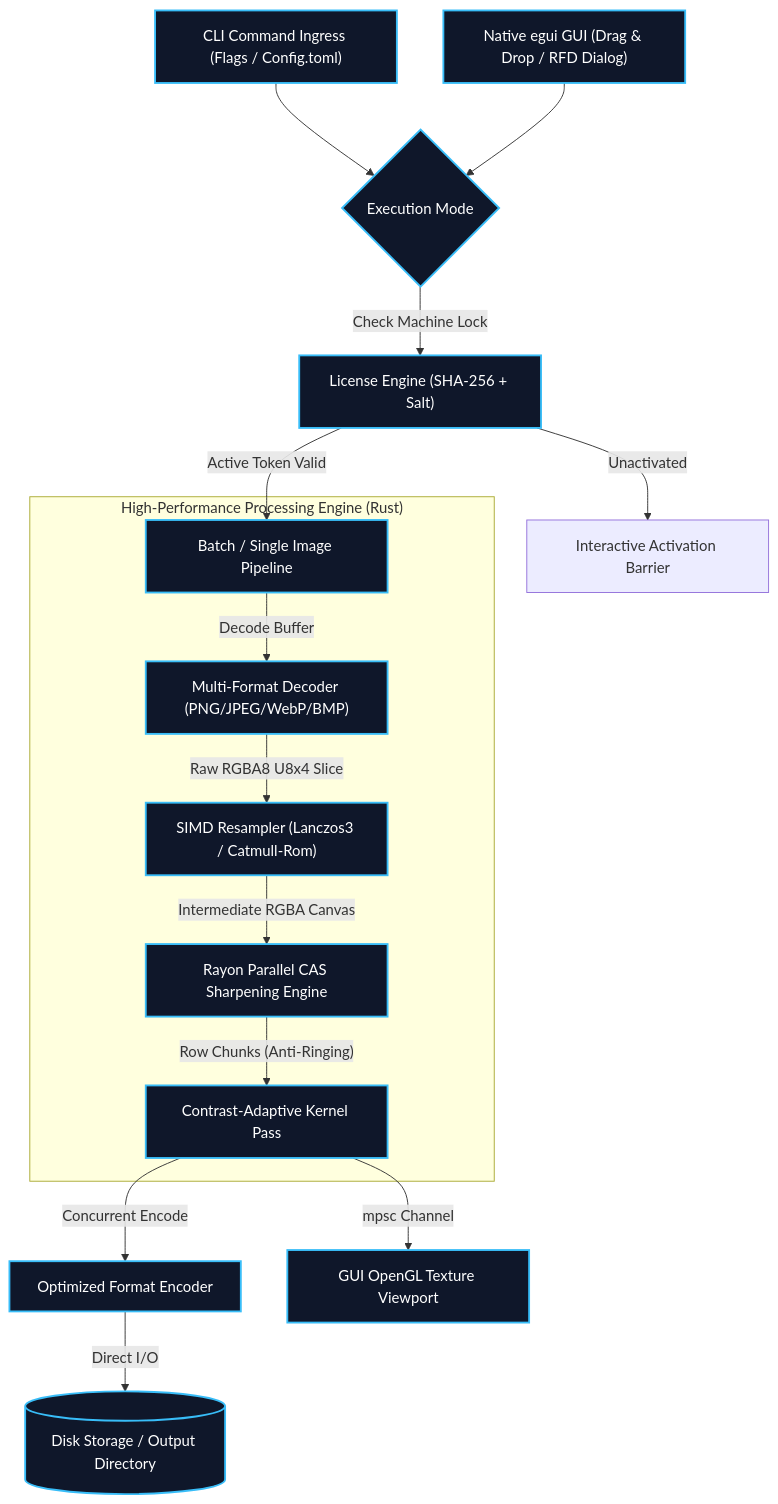
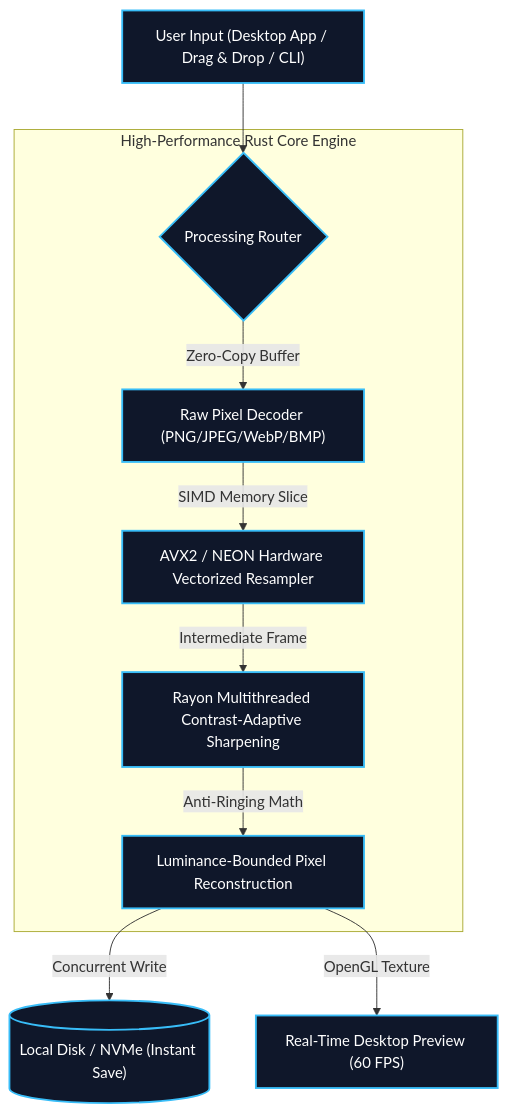
The diagram in src/content/projects/image-upscale-simd.md (mhcybroot/mahmudulhasan.info.bd), drawn with Mermaid before and after one commit. The commit also changed other lines of this file and 7 other files, not shown here.

````diff
--- a/src/content/projects/image-upscale-simd.md
+++ b/src/content/projects/image-upscale-simd.md
@@ -71,27 +79,20 @@
 ```mermaid
 graph TD
     %% Input Sources
-    CLI["CLI Command Ingress (Flags / Config.toml)"] --> IngressRouter{"Execution Mode"}
-    GUI["Native egui GUI (Drag & Drop / RFD Dialog)"] --> IngressRouter
-
-    %% License Verification Boundary
-    IngressRouter -->|"Check Machine Lock"| DRM["License Engine (SHA-256 + Salt)"]
-    DRM -->|"Active Token Valid"| Pipeline["Batch / Single Image Pipeline"]
-    DRM -->|"Unactivated"| LockScreen["Interactive Activation Barrier"]
-
-    %% Pipeline Processing
-    subgraph "High-Performance Processing Engine (Rust)"
-        Pipeline -->|"Decode Buffer"| ImgDecoder["Multi-Format Decoder (PNG/JPEG/WebP/BMP)"]
-        ImgDecoder -->|"Raw RGBA8 U8x4 Slice"| Resizer["SIMD Resampler (Lanczos3 / Catmull-Rom)"]
-        Resizer -->|"Intermediate RGBA Canvas"| Enhancer["Rayon Parallel CAS Sharpening Engine"]
-        Enhancer -->|"Row Chunks (Anti-Ringing)"| PixelEnhance["Contrast-Adaptive Kernel Pass"]
+    UserApp["User Input (Desktop App / Drag & Drop / CLI)"] --> IngressRouter{"Processing Router"}
+    
+    %% Engine Pipeline
+    subgraph "High-Performance Rust Core Engine"
+        IngressRouter -->|"Zero-Copy Buffer"| ImgDecoder["Raw Pixel Decoder (PNG/JPEG/WebP/BMP)"]
+        ImgDecoder -->|"SIMD Memory Slice"| Resizer["AVX2 / NEON Hardware Vectorized Resampler"]
+        Resizer -->|"Intermediate Frame"| CASFilter["Rayon Multithreaded Contrast-Adaptive Sharpening"]
+        CASFilter -->|"Anti-Ringing Math"| Enhancer["Luminance-Bounded Pixel Reconstruction"]
     end
 
-    %% Downstream Egress
-    PixelEnhance -->|"Concurrent Encode"| ImgEncoder["Optimized Format Encoder"]
-    ImgEncoder -->|"Direct I/O"| Disk[("Disk Storage / Output Directory")]
-    PixelEnhance -->|"mpsc Channel"| GPUView["GUI OpenGL Texture Viewport"]
+    %% Output
+    Enhancer -->|"Concurrent Write"| LocalStorage[("Local Disk / NVMe (Instant Save)")]
+    Enhancer -->|"OpenGL Texture"| ScreenViewport["Real-Time Desktop Preview (60 FPS)"]
 
-    classDef primary fill:#0f172a,stroke:#38bdf8,stroke-width:2px,color:#fff;
-    class CLI,GUI,IngressRouter,DRM,Pipeline,ImgDecoder,Resizer,Enhancer,PixelEnhance,ImgEncoder,Disk,GPUView primary;
+    classDef tech fill:#0f172a,stroke:#38bdf8,stroke-width:2px,color:#fff;
+    class UserApp,IngressRouter,ImgDecoder,Resizer,CASFilter,Enhancer,LocalStorage,ScreenViewport tech;
 ```
````
